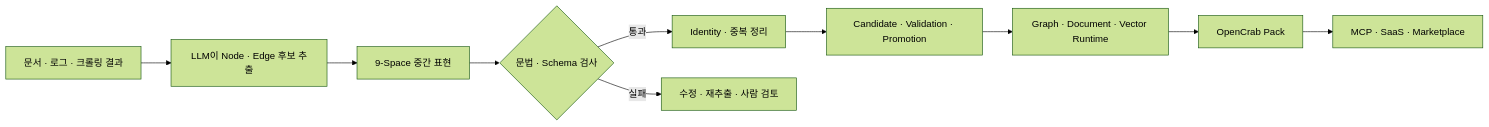
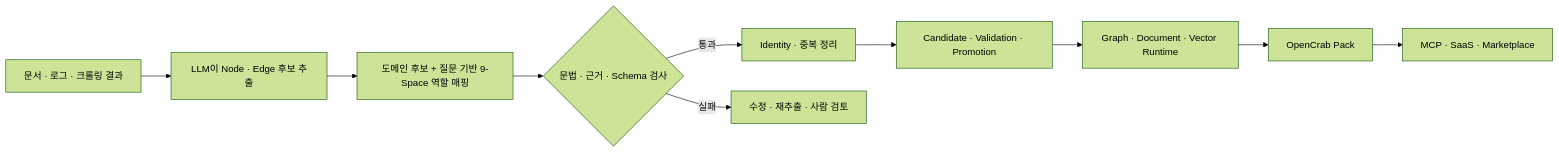
Before and after one commit to tteggu87/tteggu87.github.io: the first of 2 diagrams in content/notes/opencrab-ontology-build-architecture.md, drawn with Mermaid (forest theme). The commit also changed other lines of this file and 1 other file, not shown here.

Commit message:
Clarify OpenCrab nine-space lenses

````diff
--- a/content/notes/opencrab-ontology-build-architecture.md
+++ b/content/notes/opencrab-ontology-build-architecture.md
@@ -88,12 +88,12 @@
 ```mermaid
 flowchart LR
     A[문서 · 로그 · 크롤링 결과] --> B[LLM이 Node · Edge 후보 추출]
-    B --> C[9-Space 중간 표현]
-    C --> D{문법 · Schema 검사}
+    B --> C[도메인 후보 + 질문 기반 9-Space 역할 매핑]
+    C --> D{문법 · 근거 · Schema 검사}
     D -->|통과| E[Identity · 중복 정리]
     E --> F[Candidate · Validation · Promotion]
     F --> G[Graph · Document · Vector Runtime]
     G --> H[OpenCrab Pack]
     H --> I[MCP · SaaS · Marketplace]
     D -->|실패| J[수정 · 재추출 · 사람 검토]
 ```
````
